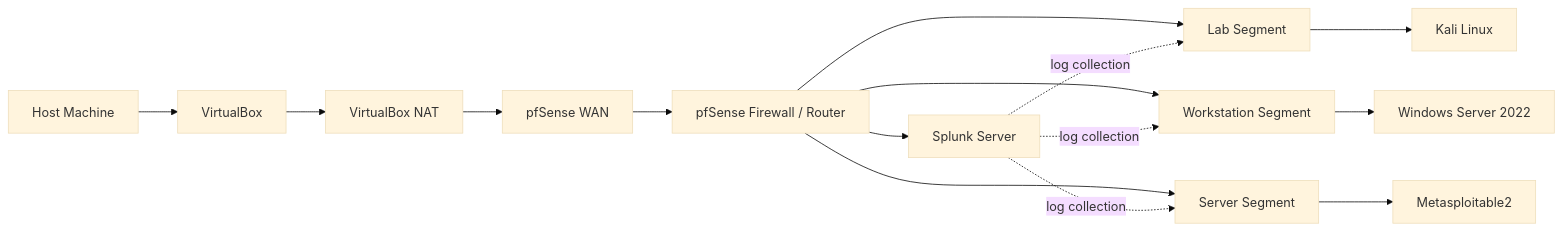
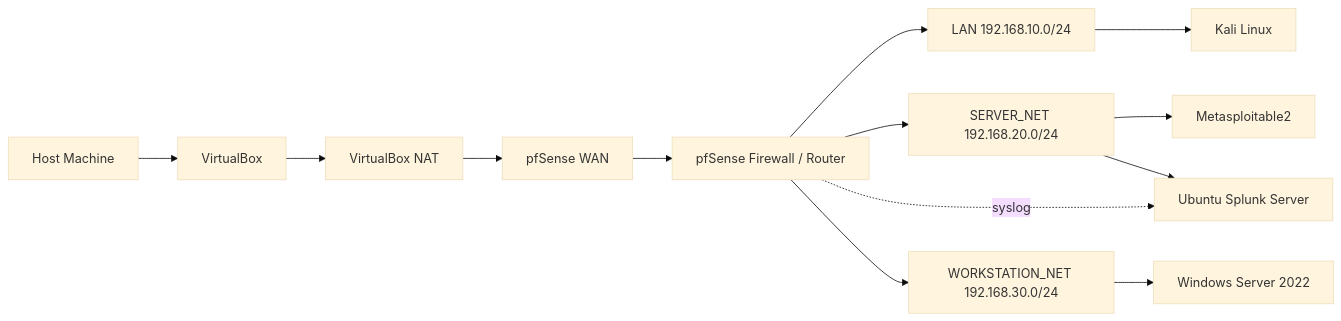
Before and after one commit to Mayx23456/HomeLab: the diagram in README.md, drawn with Mermaid (base theme). The commit also changed other lines of this file and 21 other files, not shown here.

````diff
--- a/README.md
+++ b/README.md
@@ -27,17 +56,18 @@
 ```mermaid
 flowchart LR
-    H["Host Machine"] --> VB["VirtualBox"]
+    HOST["Host Machine"] --> VB["VirtualBox"]
     VB --> NAT["VirtualBox NAT"]
     NAT --> WAN["pfSense WAN"]
-    WAN --> FW["pfSense Firewall / Router"]
-    FW --> LAB["Lab Segment"]
-    FW --> WS["Workstation Segment"]
-    FW --> SRV["Server Segment"]
-    LAB --> KALI["Kali Linux"]
+    WAN --> PF["pfSense Firewall / Router"]
+
+    PF --> LAN["LAN 192.168.10.0/24"]
+    PF --> SRV["SERVER_NET 192.168.20.0/24"]
+    PF --> WS["WORKSTATION_NET 192.168.30.0/24"]
+
+    LAN --> KALI["Kali Linux"]
+    SRV --> META["Metasploitable2"]
+    SRV --> SPLUNK["Ubuntu Splunk Server"]
     WS --> WIN["Windows Server 2022"]
-    SRV --> META["Metasploitable2"]
-    FW --> SPLUNK["Splunk Server"]
-    SPLUNK -. log collection .-> LAB
-    SPLUNK -. log collection .-> WS
-    SPLUNK -. log collection .-> SRV
+
+    PF -. syslog .-> SPLUNK
 ```
````
